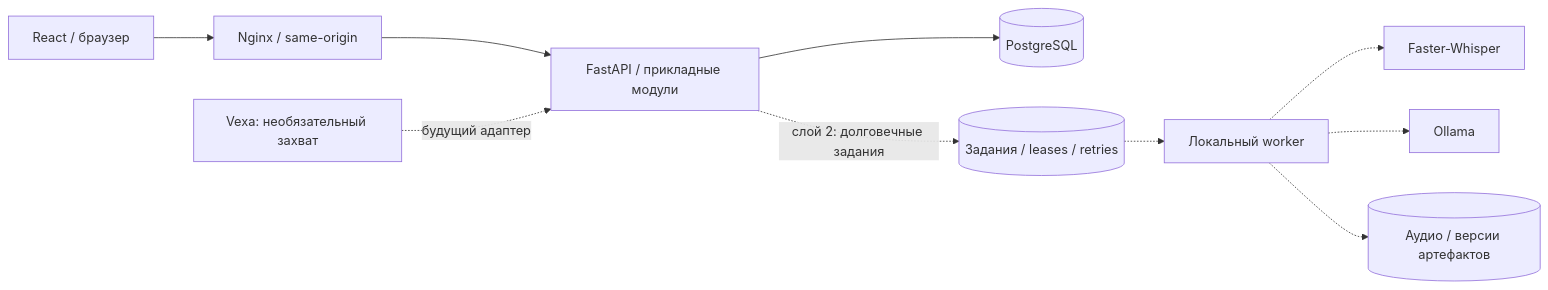
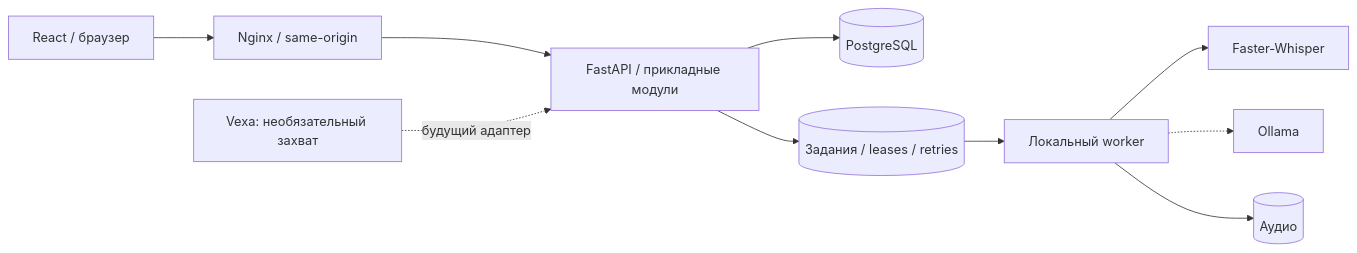
Before and after one commit to akenoowww/aitu-hackathon: the diagram in docs/architecture.md, drawn with Mermaid. The commit also changed other lines of this file and 86 other files, not shown here.

````diff
--- a/docs/architecture.md
+++ b/docs/architecture.md
@@ -9,12 +13,12 @@
 ```mermaid
 flowchart LR
   Browser[React / браузер] --> Web[Nginx / same-origin]
   Web --> API[FastAPI / прикладные модули]
   API --> DB[(PostgreSQL)]
-  API -. слой 2: долговечные задания .-> Jobs[(Задания / leases / retries)]
-  Jobs -.-> Worker[Локальный worker]
-  Worker -.-> STT[Faster-Whisper]
+  API --> Jobs[(Задания / leases / retries)]
+  Jobs --> Worker[Локальный worker]
+  Worker --> STT[Faster-Whisper]
   Worker -.-> LLM[Ollama]
-  Worker -.-> Files[(Аудио / версии артефактов)]
+  Worker --> Files[(Аудио)]
   Capture[Vexa: необязательный захват] -. будущий адаптер .-> API
 ```
````
